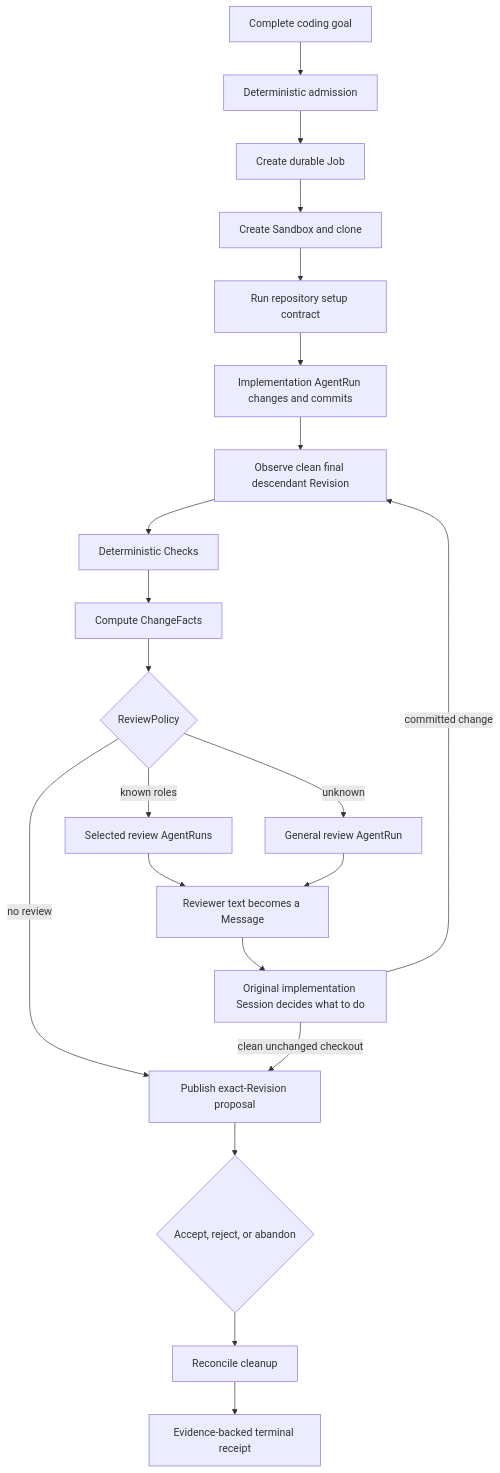
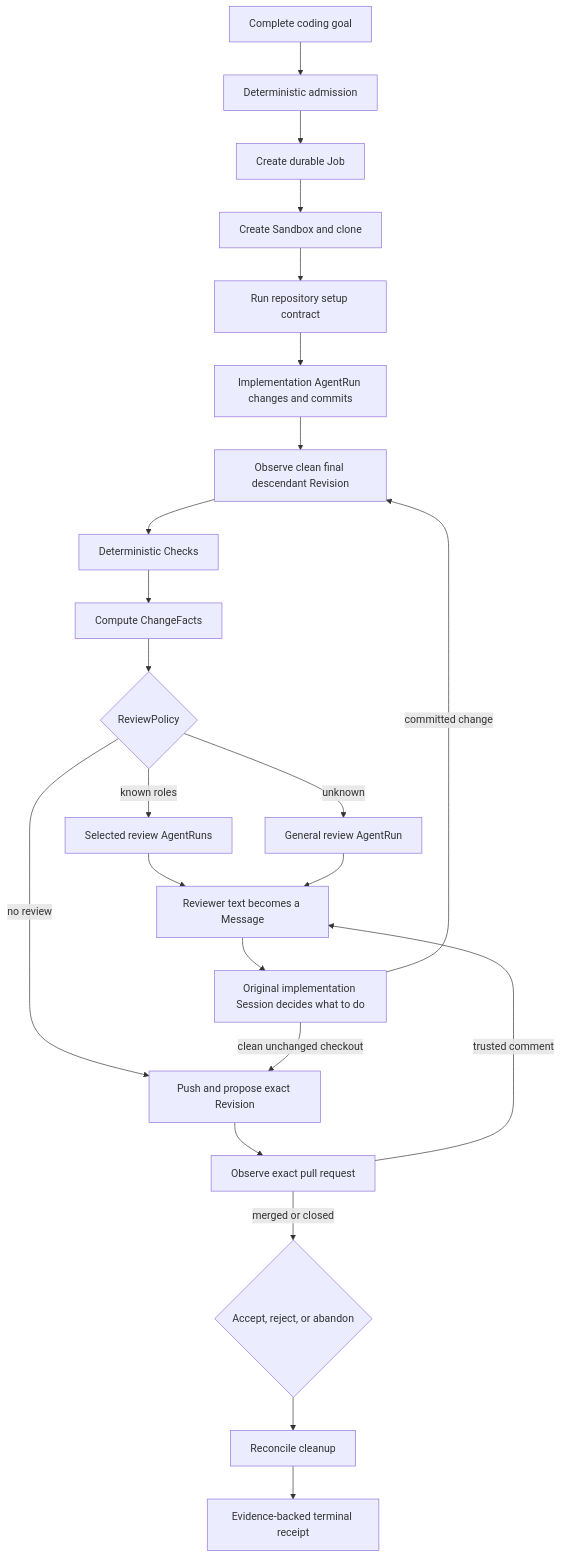
The diagram in docs/project/north-star.md (aphronio/dorf), drawn with Mermaid before and after one commit. The commit also changed other lines of this file and 34 other files, not shown here.

````diff
--- a/docs/project/north-star.md
+++ b/docs/project/north-star.md
@@ -37,23 +37,25 @@
 ```mermaid
 flowchart TD
     Intent["Complete coding goal"] --> Admit["Deterministic admission"]
     Admit --> Job["Create durable Job"]
     Job --> Sandbox["Create Sandbox and clone"]
     Sandbox --> Setup["Run repository setup contract"]
     Setup --> Implement["Implementation AgentRun changes and commits"]
     Implement --> Revision["Observe clean final descendant Revision"]
     Revision --> Checks["Deterministic Checks"]
     Checks --> Facts["Compute ChangeFacts"]
     Facts --> Policy{"ReviewPolicy"}
     Policy -->|"known roles"| Reviews["Selected review AgentRuns"]
     Policy -->|"unknown"| GeneralReview["General review AgentRun"]
     Policy -->|"no review"| Proposal
     Reviews --> Feedback["Reviewer text becomes a Message"]
     GeneralReview --> Feedback
     Feedback --> Respond["Original implementation Session decides what to do"]
     Respond -->|"committed change"| Revision
-    Respond -->|"clean unchanged checkout"| Proposal["Publish exact-Revision proposal"]
-    Proposal --> Outcome{"Accept, reject, or abandon"}
+    Respond -->|"clean unchanged checkout"| Proposal["Push and propose exact Revision"]
+    Proposal --> Observe["Observe exact pull request"]
+    Observe -->|"trusted comment"| Feedback
+    Observe -->|"merged or closed"| Outcome{"Accept, reject, or abandon"}
     Outcome --> Cleanup["Reconcile cleanup"]
     Cleanup --> Receipt["Evidence-backed terminal receipt"]
 ```
````
